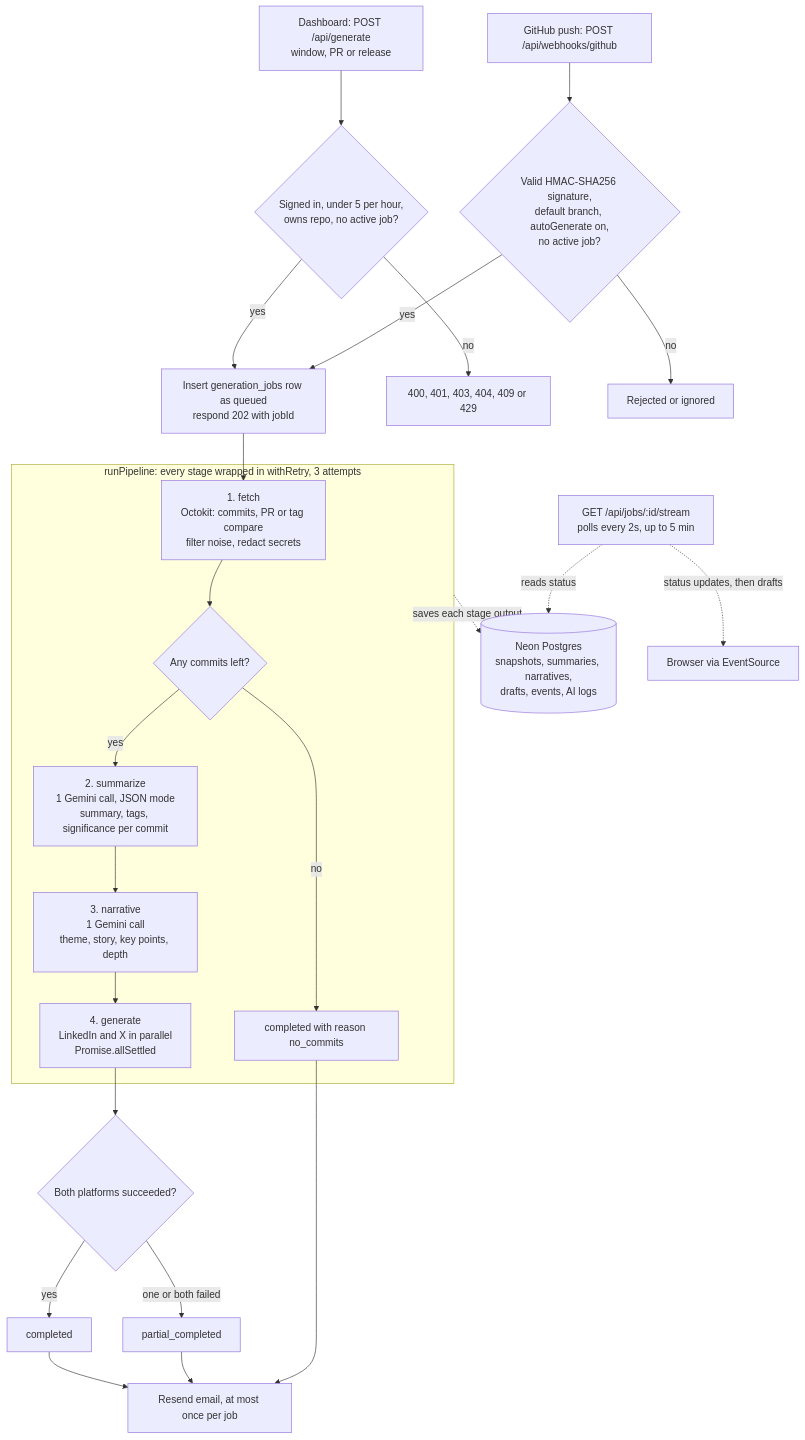
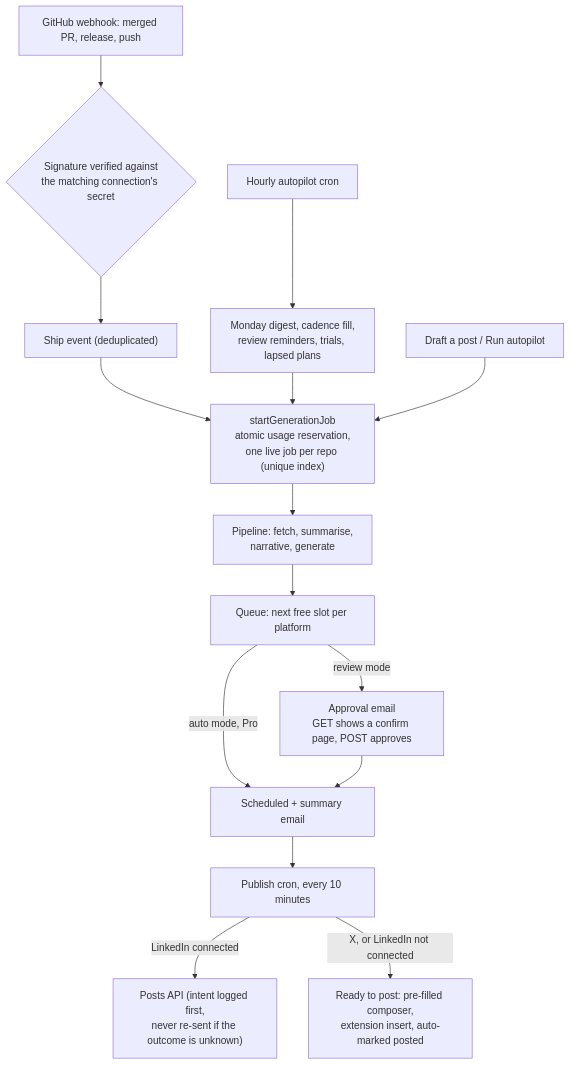
One commit to ritvikjaiswal02/CommitFlex changed the diagram in README.md. Above: the diagram before and after it, drawn with Mermaid. The commit also changed other lines of this file and 460 other files, not shown here.

First line of the commit message:
Redesign CommitFlex and put posting on autopilot

````diff
--- a/README.md
+++ b/README.md
@@ -56,31 +54,17 @@
 ```mermaid
 flowchart TD
-    U["Dashboard: POST /api/generate<br/>window, PR or release"] --> G1{"Signed in, under 5 per hour,<br/>owns repo, no active job?"}
-    W["GitHub push: POST /api/webhooks/github"] --> G2{"Valid HMAC-SHA256 signature,<br/>default branch, autoGenerate on,<br/>no active job?"}
-    G1 -- yes --> J["Insert generation_jobs row as queued<br/>respond 202 with jobId"]
-    G2 -- yes --> J
-    G1 -- no --> E1["400, 401, 403, 404, 409 or 429"]
-    G2 -- no --> E2["Rejected or ignored"]
-
-    J --> F
-
-    subgraph P["runPipeline: every stage wrapped in withRetry, 3 attempts"]
-        F["1. fetch<br/>Octokit: commits, PR or tag compare<br/>filter noise, redact secrets"] --> C{"Any commits left?"}
-        C -- no --> NC["completed with reason no_commits"]
-        C -- yes --> S["2. summarize<br/>1 Gemini call, JSON mode<br/>summary, tags, significance per commit"]
-        S --> N["3. narrative<br/>1 Gemini call<br/>theme, story, key points, depth"]
-        N --> GEN["4. generate<br/>LinkedIn and X in parallel<br/>Promise.allSettled"]
-    end
-
-    GEN --> R{"Both platforms succeeded?"}
-    R -- yes --> OK["completed"]
-    R -- one or both failed --> PC["partial_completed"]
-    OK --> M["Resend email, at most once per job"]
-    PC --> M
-    NC --> M
-
-    DB[("Neon Postgres<br/>snapshots, summaries, narratives,<br/>drafts, events, AI logs")]
-    P -.->|"saves each stage output"| DB
-    SSE["GET /api/jobs/:id/stream<br/>polls every 2s, up to 5 min"] -.->|"reads status"| DB
-    SSE -.->|"status updates, then drafts"| UI["Browser via EventSource"]
+    GH["GitHub webhook: merged PR, release, push"] --> V{"Signature verified against<br/>the matching connection's secret"}
+    CRON["Hourly autopilot cron"] --> D["Monday digest, cadence fill,<br/>review reminders, trials, lapsed plans"]
+    V --> SM["Ship event (deduplicated)"]
+    SM --> START
+    D --> START
+    UI["Draft a post / Run autopilot"] --> START
+    START["startGenerationJob<br/>atomic usage reservation,<br/>one live job per repo (unique index)"] --> P["Pipeline: fetch, summarise,<br/>narrative, generate"]
+    P --> Q["Queue: next free slot per platform"]
+    Q -->|review mode| E["Approval email<br/>GET shows a confirm page, POST approves"]
+    Q -->|auto mode, Pro| S["Scheduled + summary email"]
+    E --> S
+    S --> PUB["Publish cron, every 10 minutes"]
+    PUB -->|LinkedIn connected| LI["Posts API (intent logged first,<br/>never re-sent if the outcome is unknown)"]
+    PUB -->|X, or LinkedIn not connected| R["Ready to post: pre-filled composer,<br/>extension insert, auto-marked posted"]
 ```
````
